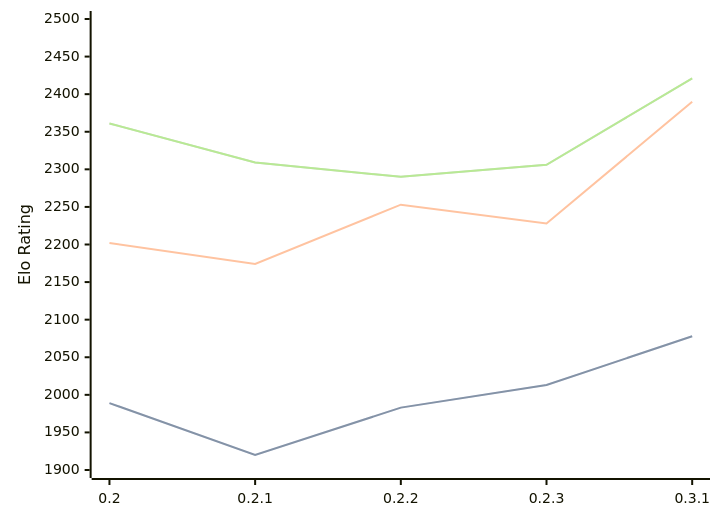
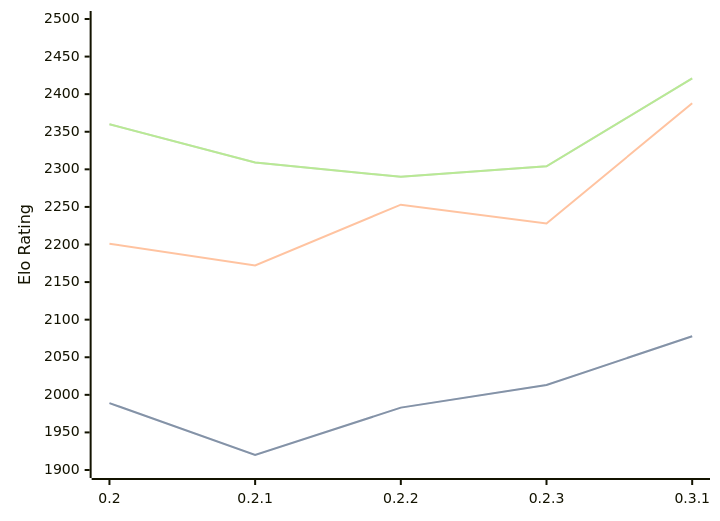
One commit to computer-chess-index/cci changed the diagram in engines/Lolbot.md. Above: the diagram before and after it, drawn with Mermaid. The commit also changed other lines of this file, not shown here.

Commit message:
Update CCI Ratings (ELO VLTC) - 2026-07-27

````diff
--- a/engines/Lolbot.md
+++ b/engines/Lolbot.md
@@ -36,11 +36,11 @@
 ```mermaid
 %%{init: {"theme":"base","themeVariables":{"seriesColors:['#a3a3a3','#222221','#faa371']}}}%%
 xychart-beta
   x-axis ["0.2", "0.2.1", "0.2.2", "0.2.3", "0.3.1"]
   y-axis "Elo Rating" 1900 --> 2500
   line "STC (8.0+0.08s)" [1989, 1920, 1983, 2013, 2078]
   line "STC (8.0+0.08s)" [1989, 1920, 1983, 2013, 2078]
-  line "LTC (60.0+0.60s)" [2202, 2174, 2253, 2228, 2390]
-  line "VLTC (2m24s+1.12s)" [2361, 2309, 2290, 2306, 2421]
-  line "VLTC (2m24s+1.12s)" [2361, 2309, 2290, 2306, 2421]
+  line "LTC (60.0+0.60s)" [2201, 2172, 2253, 2228, 2388]
+  line "VLTC (2m24s+1.12s)" [2360, 2309, 2290, 2304, 2421]
+  line "VLTC (2m24s+1.12s)" [2360, 2309, 2290, 2304, 2421]
 ```
````
